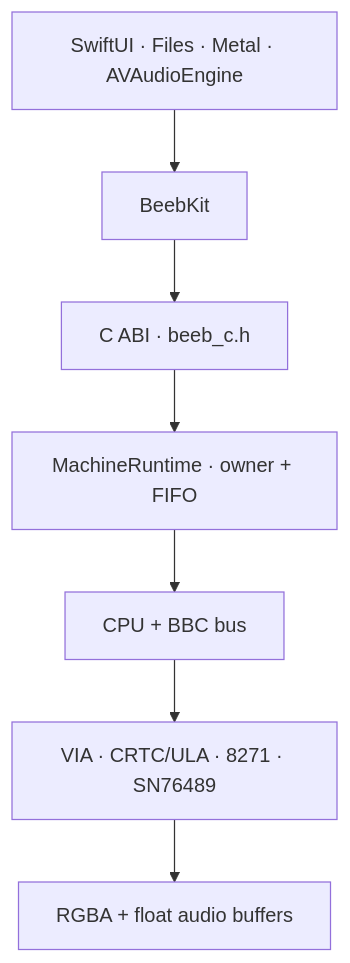
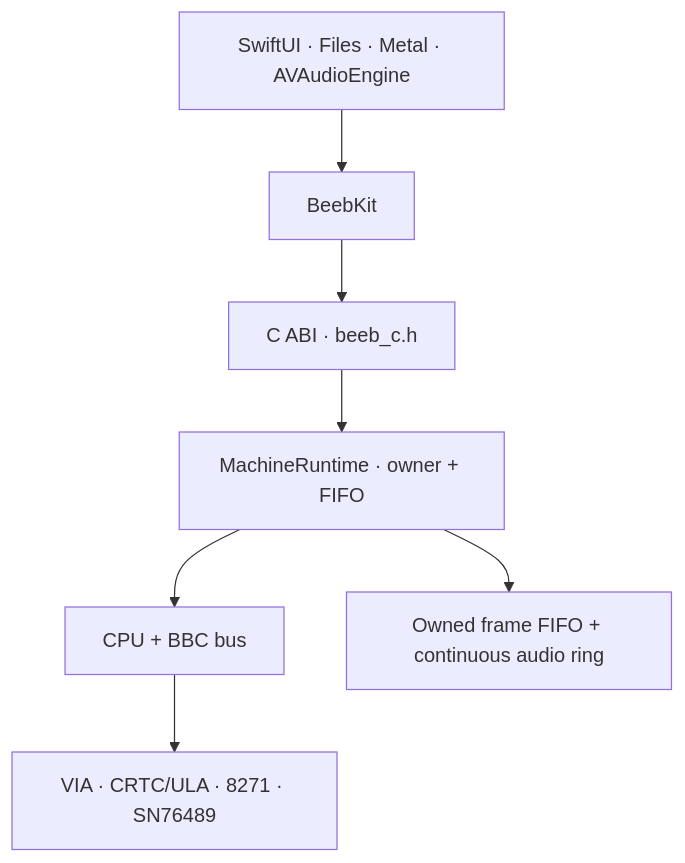
One commit to peternicholls/6502 changed the diagram in docs/ARCHITECTURE.md. Above: the diagram before and after it, drawn with Mermaid. The commit also changed other lines of this file and 4 other files, not shown here.

First line of the commit message:
Align architecture guidance with the implemented C2 ownership model

````diff
--- a/docs/ARCHITECTURE.md
+++ b/docs/ARCHITECTURE.md
@@ -43,9 +42,9 @@
 ```mermaid
 flowchart TD
     Host["SwiftUI · Files · Metal · AVAudioEngine"] --> Kit[BeebKit]
     Kit --> ABI["C ABI · beeb_c.h"]
     ABI --> Runtime["MachineRuntime · owner + FIFO"]
     Runtime --> Core["CPU + BBC bus"]
+    Runtime --> Queues["Owned frame FIFO + continuous audio ring"]
     Core --> Devices["VIA · CRTC/ULA · 8271 · SN76489"]
-    Devices --> Buffers["RGBA + float audio buffers"]
 ```
````
